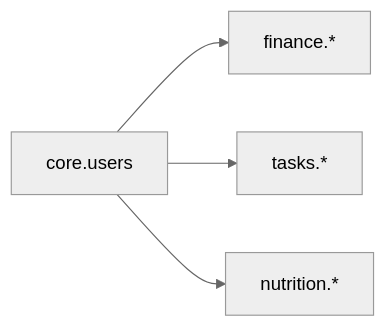
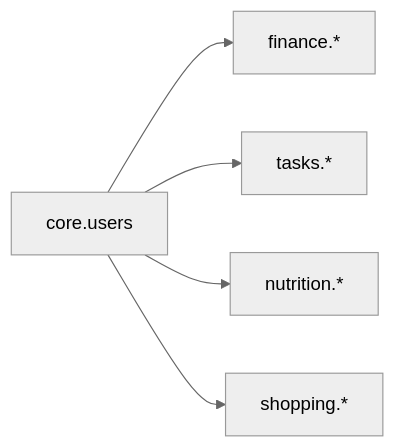
The diagram in docs/db/db-overview.md (connor-ruff/disci), drawn with Mermaid (neutral theme) before and after one commit. The commit also changed other lines of this file and 66 other files, not shown here.

````diff
--- a/docs/db/db-overview.md
+++ b/docs/db/db-overview.md
@@ -31,7 +33,8 @@
 ```mermaid
 flowchart LR
     users["core.users"]
     users --> finance["finance.*"]
     users --> tasks["tasks.*"]
     users --> nutrition["nutrition.*"]
+    users --> shopping["shopping.*"]
 ```
````
